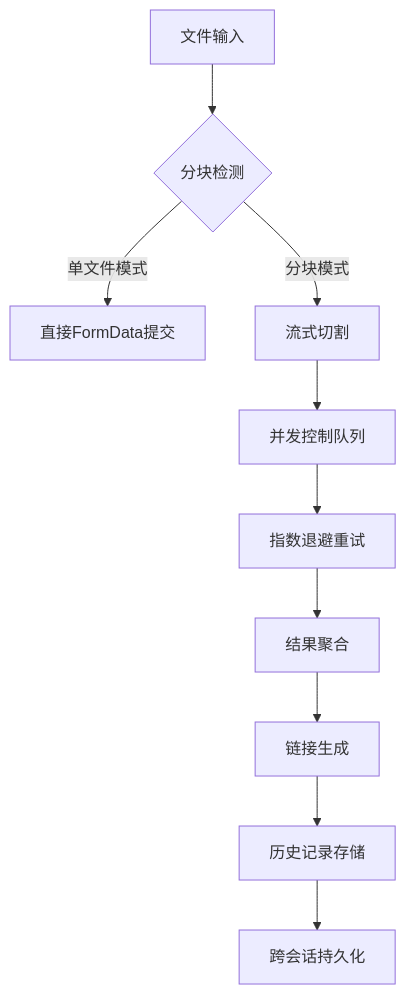
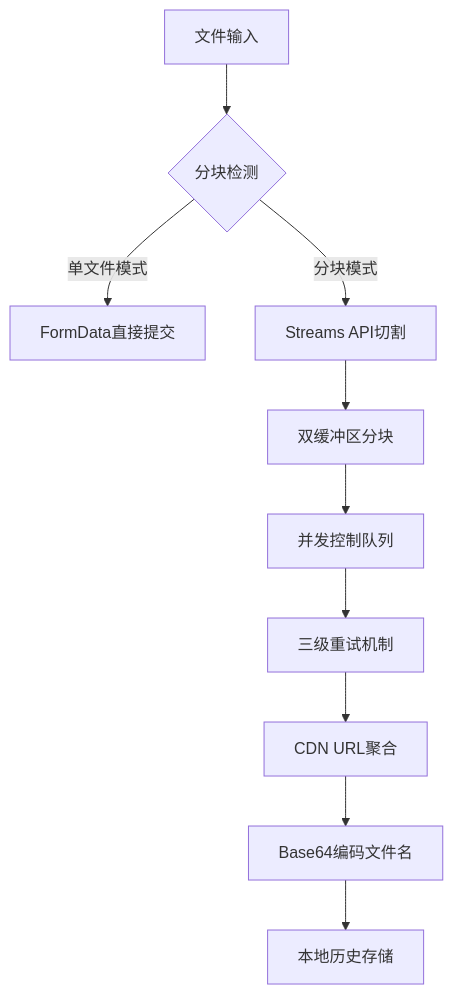
One commit to CJackHwang/Chunkuposs changed the diagram in README_CN.md. Above: the diagram before and after it, drawn with Mermaid. The commit also changed other lines of this file and 4 other files, not shown here.

````diff
--- a/README_CN.md
+++ b/README_CN.md
@@ -106,12 +104,12 @@
 ```mermaid
 graph TD
     A[文件输入] --> B{分块检测}
-    B -->|单文件模式| C[直接FormData提交]
-    B -->|分块模式| D[流式切割]
-    D --> E[并发控制队列]
-    E --> F[指数退避重试]
-    F --> G[结果聚合]
-    G --> H[链接生成]
-    H --> I[历史记录存储]
-    I --> J[跨会话持久化]
+    B -->|单文件模式| C[FormData直接提交]
+    B -->|分块模式| D[Streams API切割]
+    D --> E[双缓冲区分块]
+    E --> F[并发控制队列]
+    F --> G[三级重试机制]
+    G --> H[CDN URL聚合]
+    H --> I[Base64编码文件名]
+    I --> J[本地历史存储]
 ```
````
